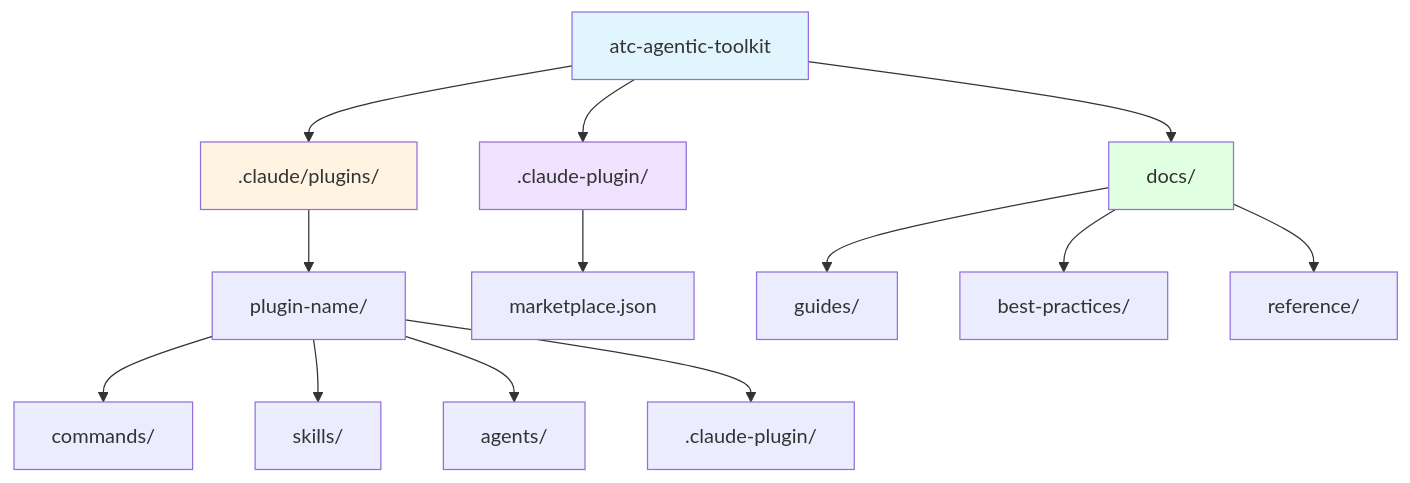
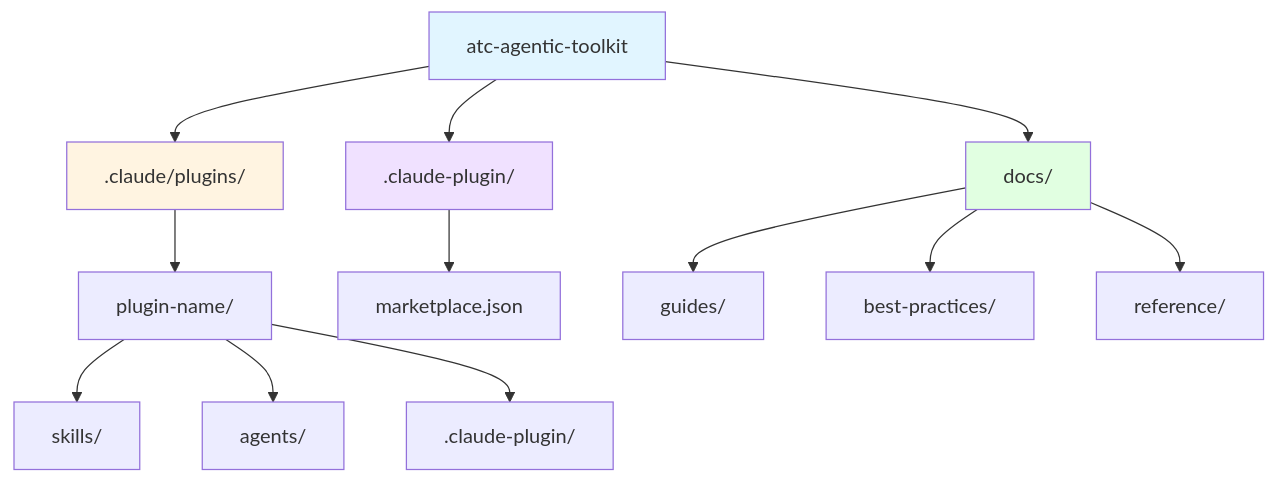
One commit to atc-net/atc-agentic-toolkit changed the diagram in README.md. Above: the diagram before and after it, drawn with Mermaid. The commit also changed other lines of this file, not shown here.

Commit message:
docs: update README to reflect current plugin architecture

````diff
--- a/README.md
+++ b/README.md
@@ -85,23 +86,22 @@
 ```mermaid
 graph TD
     A[atc-agentic-toolkit] --> B[.claude/plugins/]
     A --> C[.claude-plugin/]
     A --> D[docs/]
 
     B --> E["plugin-name/"]
-    E --> F[commands/]
-    E --> G[skills/]
-    E --> H[agents/]
-    E --> I[.claude-plugin/]
+    E --> F[skills/]
+    E --> G[agents/]
+    E --> H[.claude-plugin/]
 
     C --> J[marketplace.json]
 
     D --> K[guides/]
     D --> L[best-practices/]
     D --> M[reference/]
 
     style A fill:#e1f5ff
     style B fill:#fff4e1
     style C fill:#f0e1ff
     style D fill:#e1ffe1
 ```
````
